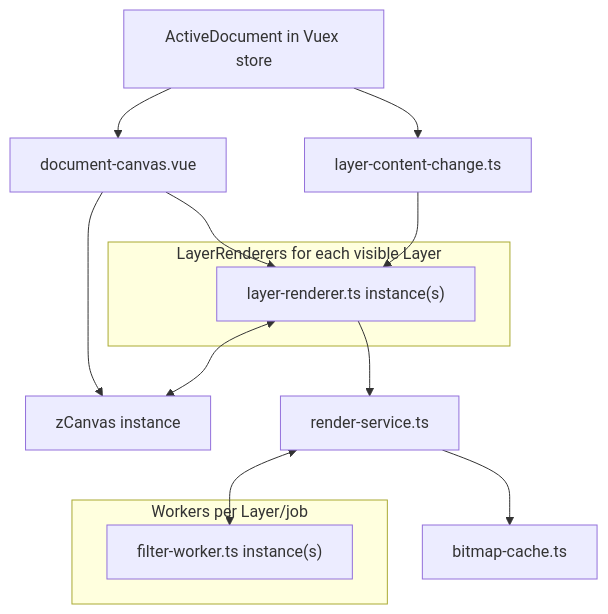
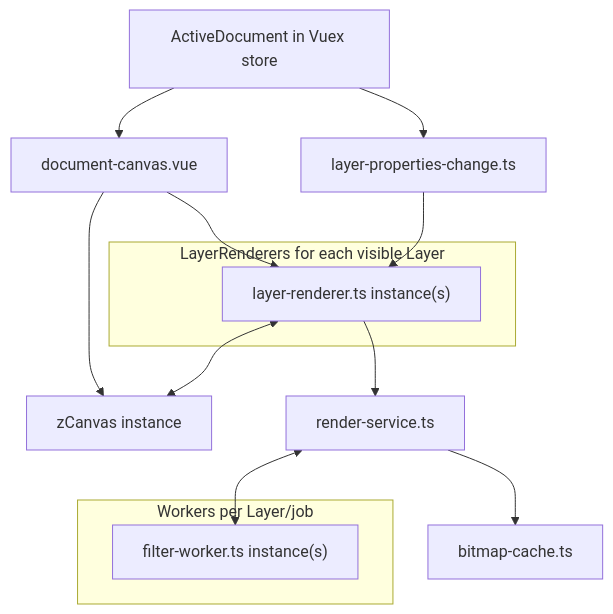
Before and after one commit to igorski/bitmappery: the first of 2 diagrams in README.md, drawn with Mermaid. The commit also changed other lines of this file and 10 other files, not shown here.

````diff
--- a/README.md
+++ b/README.md
@@ -87,27 +87,27 @@
 ```mermaid
 flowchart TD
     ActiveDocument[ActiveDocument in Vuex store]
     DocumentCanvas[document-canvas.vue]
     zCanvas[zCanvas instance]
     RenderService[render-service.ts]
     BitmapCache[bitmap-cache.ts]
-    LayerContentChange[layer-content-change.ts]
+    onLayerPropertiesChange[layer-properties-change.ts]
 
     subgraph LayerRenderers [LayerRenderers for each visible Layer]
         LayerRenderer["layer-renderer.ts instance(s)"]
     end
 
     subgraph FilterWorkers [Workers per Layer/job]
         FilterWorker["filter-worker.ts instance(s)"]
     end
 
     ActiveDocument --> DocumentCanvas
-    ActiveDocument --> LayerContentChange
+    ActiveDocument --> onLayerPropertiesChange
     DocumentCanvas --> zCanvas
     DocumentCanvas --> LayerRenderer
     LayerRenderer <--> zCanvas
     LayerRenderer --> RenderService
     RenderService --> BitmapCache
     RenderService <--> FilterWorker
-    LayerContentChange --> LayerRenderer
+    onLayerPropertiesChange --> LayerRenderer
 ```
````
